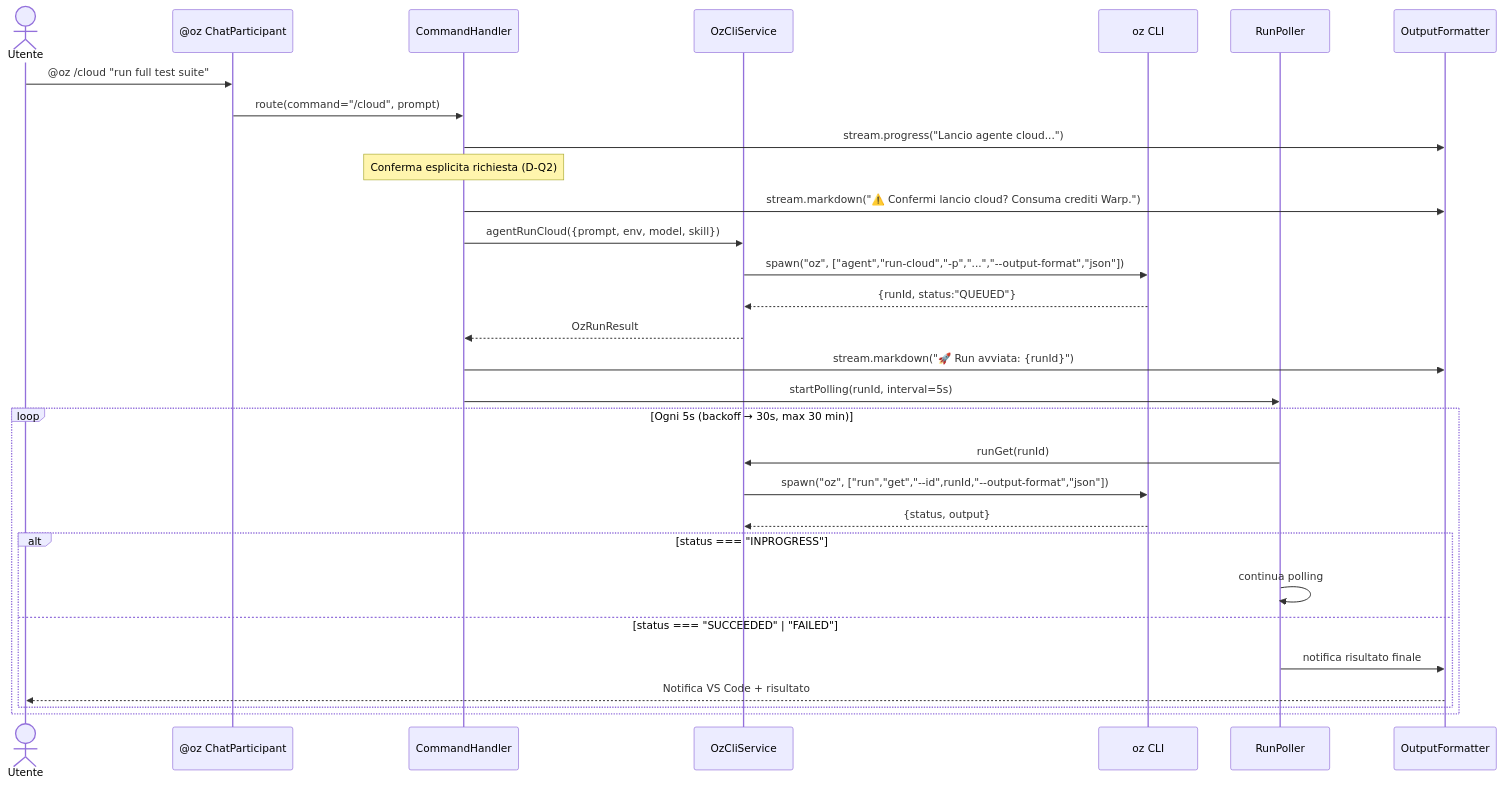
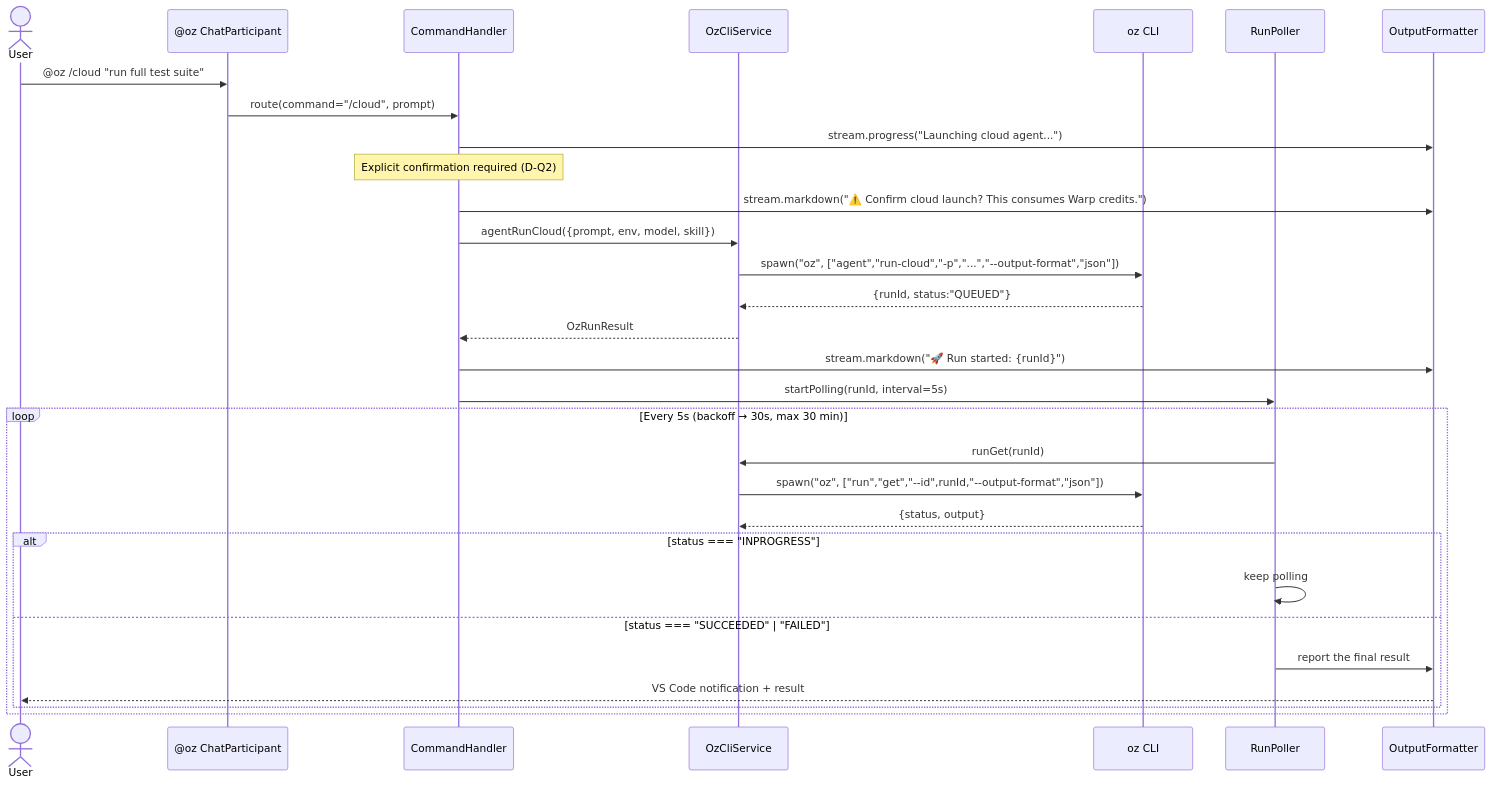
One commit to sena-labs/OzBridge changed the third of 3 diagrams in docs/DESIGN.md. Above: the diagram before and after it, drawn with Mermaid. The commit also changed other lines of this file and 1 other file, not shown here.

````diff
--- a/docs/DESIGN.md
+++ b/docs/DESIGN.md
@@ -163,36 +167,36 @@
 ```mermaid
 sequenceDiagram
-    actor U as Utente
+    actor U as User
     participant CP as @oz ChatParticipant
     participant CH as CommandHandler
     participant CLI as OzCliService
     participant OZ as oz CLI
     participant POLL as RunPoller
     participant OUT as OutputFormatter
 
     U->>CP: @oz /cloud "run full test suite"
     CP->>CH: route(command="/cloud", prompt)
-    CH->>OUT: stream.progress("Lancio agente cloud...")
-    
-    Note over CH: Conferma esplicita richiesta (D-Q2)
-    CH->>OUT: stream.markdown("⚠️ Confermi lancio cloud? Consuma crediti Warp.")
-    
+    CH->>OUT: stream.progress("Launching cloud agent...")
+
+    Note over CH: Explicit confirmation required (D-Q2)
+    CH->>OUT: stream.markdown("⚠️ Confirm cloud launch? This consumes Warp credits.")
+
     CH->>CLI: agentRunCloud({prompt, env, model, skill})
     CLI->>OZ: spawn("oz", ["agent","run-cloud","-p","...","--output-format","json"])
     OZ-->>CLI: {runId, status:"QUEUED"}
     CLI-->>CH: OzRunResult
-    CH->>OUT: stream.markdown("🚀 Run avviata: {runId}")
+    CH->>OUT: stream.markdown("🚀 Run started: {runId}")
     CH->>POLL: startPolling(runId, interval=5s)
 
-    loop Ogni 5s (backoff → 30s, max 30 min)
+    loop Every 5s (backoff → 30s, max 30 min)
         POLL->>CLI: runGet(runId)
         CLI->>OZ: spawn("oz", ["run","get","--id",runId,"--output-format","json"])
         OZ-->>CLI: {status, output}
         alt status === "INPROGRESS"
-            POLL->>POLL: continua polling
+            POLL->>POLL: keep polling
         else status === "SUCCEEDED" | "FAILED"
-            POLL->>OUT: notifica risultato finale
-            OUT-->>U: Notifica VS Code + risultato
+            POLL->>OUT: report the final result
+            OUT-->>U: VS Code notification + result
         end
     end
 ```
````
